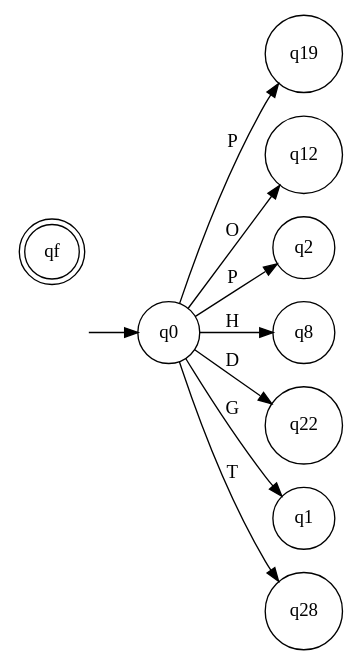
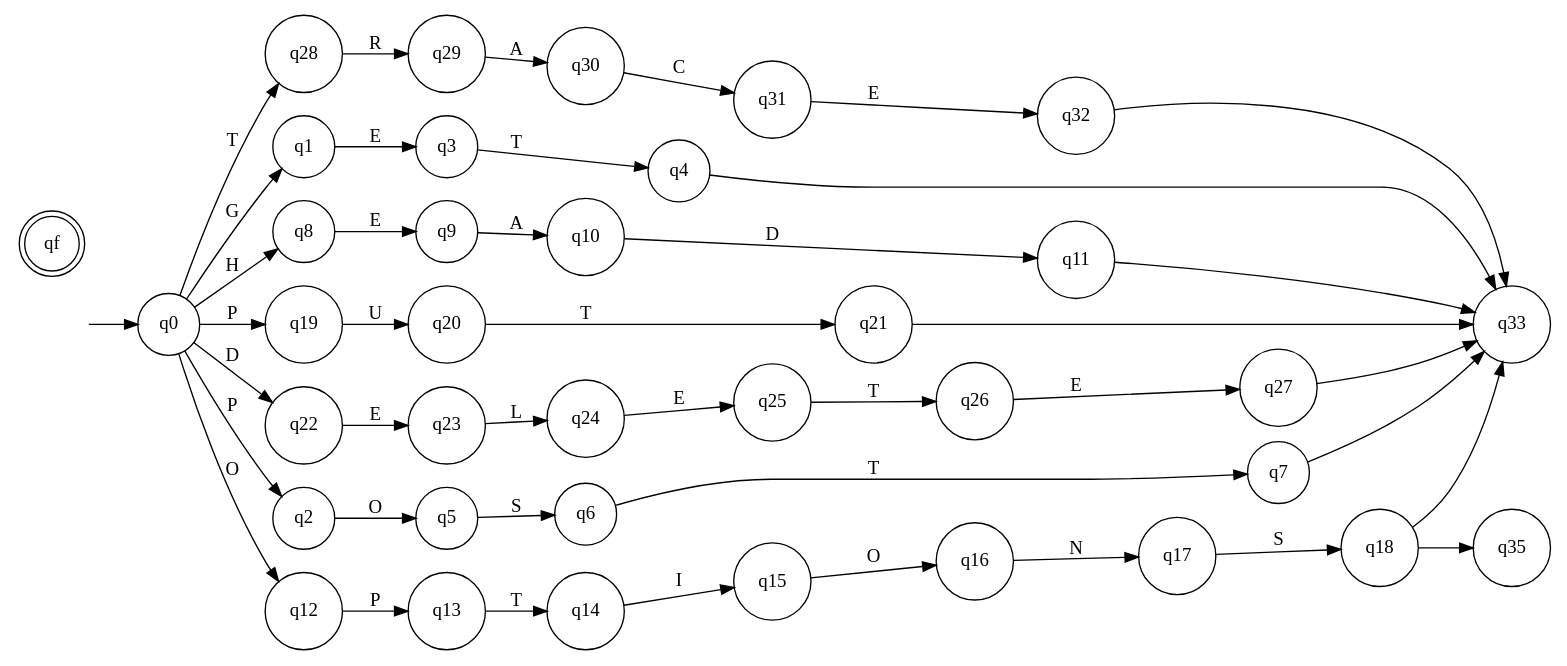
The diagram in http-headers-validator.gv (Mewbi/lfa), drawn with Graphviz before and after one commit. The commit also changed 4 other files, not shown here.

```diff
--- a/http-headers-validator.gv
+++ b/http-headers-validator.gv
@@ -1,21 +1,81 @@
 digraph "http-headers-validator" {
 	graph [rankdir=LR]
 	"" [label="" shape=plaintext]
 	qf [label=qf shape=doublecircle]
+	q31 [label=q31 shape=circle]
+	q32 [label=q32 shape=circle]
+	q13 [label=q13 shape=circle]
+	q22 [label=q22 shape=circle]
+	q4 [label=q4 shape=circle]
+	q24 [label=q24 shape=circle]
+	q23 [label=q23 shape=circle]
+	q16 [label=q16 shape=circle]
+	q17 [label=q17 shape=circle]
+	q14 [label=q14 shape=circle]
+	q20 [label=q20 shape=circle]
+	q3 [label=q3 shape=circle]
+	q15 [label=q15 shape=circle]
+	q9 [label=q9 shape=circle]
+	q11 [label=q11 shape=circle]
+	q29 [label=q29 shape=circle]
+	q30 [label=q30 shape=circle]
+	q21 [label=q21 shape=circle]
+	q6 [label=q6 shape=circle]
+	q0 [label=q0 shape=circle]
+	q5 [label=q5 shape=circle]
+	q12 [label=q12 shape=circle]
+	q8 [label=q8 shape=circle]
+	q28 [label=q28 shape=circle]
+	q26 [label=q26 shape=circle]
+	q2 [label=q2 shape=circle]
+	q33 [label=q33 shape=circle]
+	q27 [label=q27 shape=circle]
 	q19 [label=q19 shape=circle]
-	q12 [label=q12 shape=circle]
-	q0 [label=q0 shape=circle]
-	q2 [label=q2 shape=circle]
-	q8 [label=q8 shape=circle]
-	q22 [label=q22 shape=circle]
 	q1 [label=q1 shape=circle]
-	q28 [label=q28 shape=circle]
+	q7 [label=q7 shape=circle]
+	q25 [label=q25 shape=circle]
+	q10 [label=q10 shape=circle]
+	q35 [label=q35 shape=circle]
+	q18 [label=q18 shape=circle]
 	"" -> q0 [label=""]
 	q0 -> q12 [label=O]
 	q0 -> q1 [label=G]
 	q0 -> q8 [label=H]
 	q0 -> q19 [label=P]
 	q0 -> q2 [label=P]
 	q0 -> q28 [label=T]
 	q0 -> q22 [label=D]
+	q12 -> q13 [label=P]
+	q13 -> q14 [label=T]
+	q14 -> q15 [label=I]
+	q15 -> q16 [label=O]
+	q16 -> q17 [label=N]
+	q17 -> q18 [label=S]
+	q18 -> q35 [label=" "]
+	q18 -> q33 [label=" "]
+	q1 -> q3 [label=E]
+	q3 -> q4 [label=T]
+	q4 -> q33 [label=" "]
+	q8 -> q9 [label=E]
+	q9 -> q10 [label=A]
+	q10 -> q11 [label=D]
+	q11 -> q33 [label=" "]
+	q2 -> q5 [label=O]
+	q5 -> q6 [label=S]
+	q6 -> q7 [label=T]
+	q7 -> q33 [label=" "]
+	q19 -> q20 [label=U]
+	q20 -> q21 [label=T]
+	q21 -> q33 [label=" "]
+	q28 -> q29 [label=R]
+	q29 -> q30 [label=A]
+	q30 -> q31 [label=C]
+	q31 -> q32 [label=E]
+	q32 -> q33 [label=" "]
+	q22 -> q23 [label=E]
+	q23 -> q24 [label=L]
+	q24 -> q25 [label=E]
+	q25 -> q26 [label=T]
+	q26 -> q27 [label=E]
+	q27 -> q33 [label=" "]
 }
```
